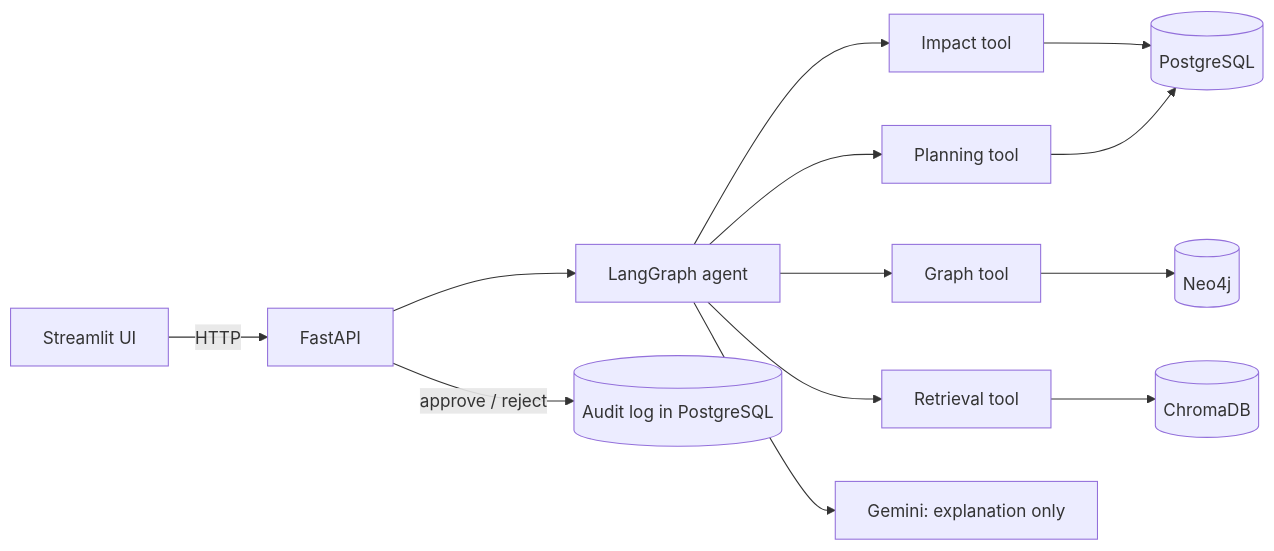
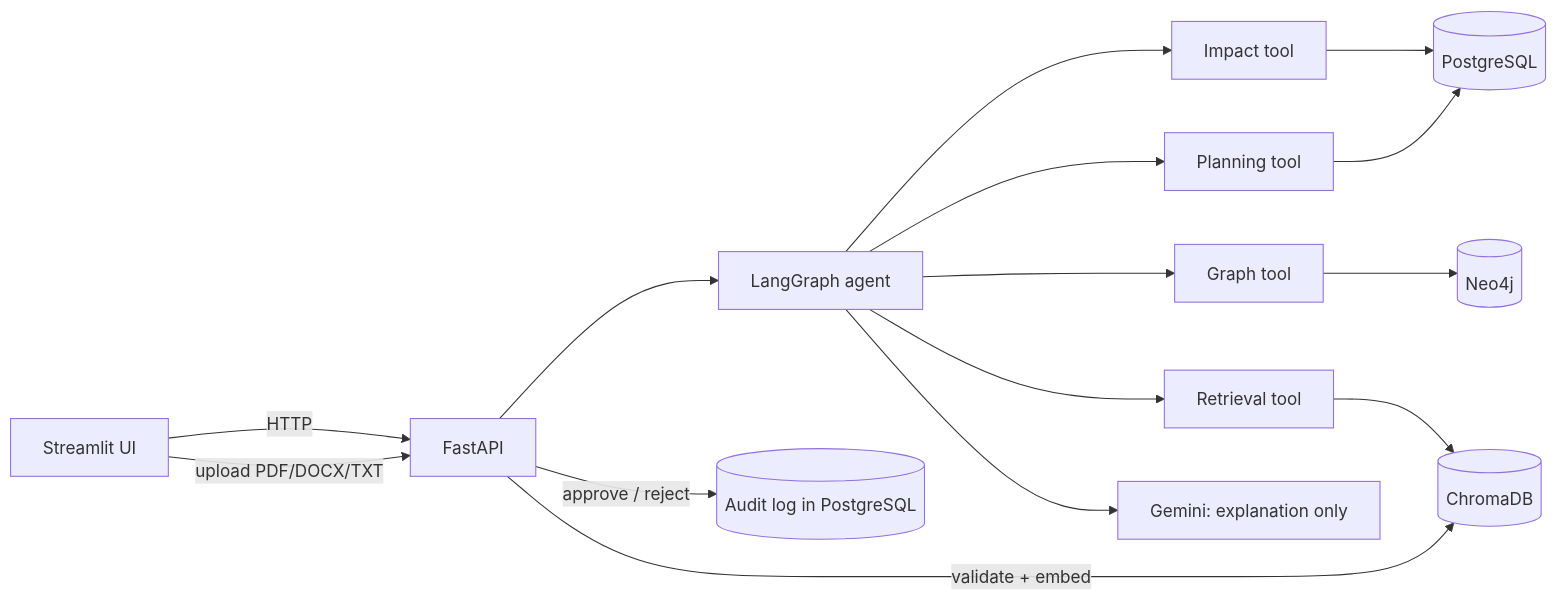
One commit to Shakthi003/SupplyChain-Orchestrator changed the diagram in README.md. Above: the diagram before and after it, drawn with Mermaid. The commit also changed other lines of this file and 14 other files, not shown here.

````diff
--- a/README.md
+++ b/README.md
@@ -34,15 +35,17 @@
 ```mermaid
 flowchart LR
     UI[Streamlit UI] -->|HTTP| API[FastAPI]
     API --> AG[LangGraph agent]
     AG --> T1[Impact tool]
     AG --> T2[Planning tool]
     AG --> T3[Graph tool]
     AG --> T4[Retrieval tool]
     AG --> LLM[Gemini: explanation only]
     T1 --> PG[(PostgreSQL)]
     T2 --> PG
     T3 --> NEO[(Neo4j)]
     T4 --> CH[(ChromaDB)]
     API -->|approve / reject| AUD[(Audit log in PostgreSQL)]
+    UI -->|upload PDF/DOCX/TXT| API
+    API -->|validate + embed| CH
 ```
````
